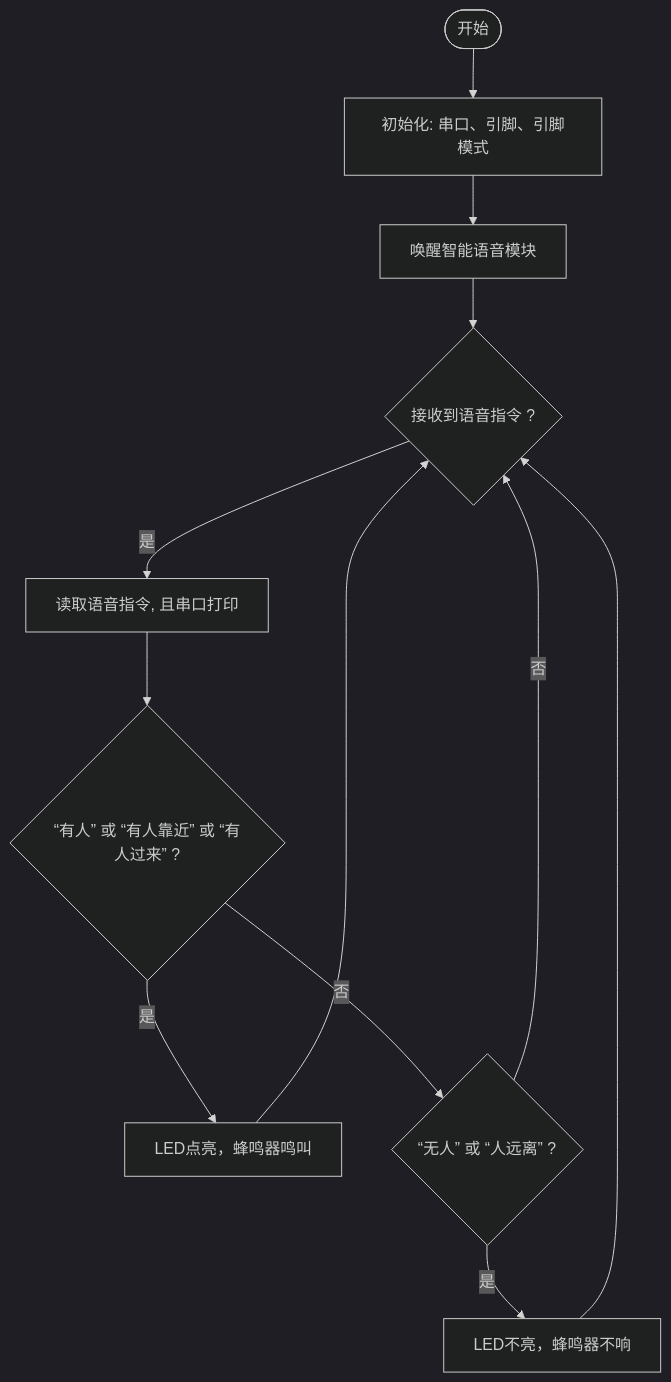
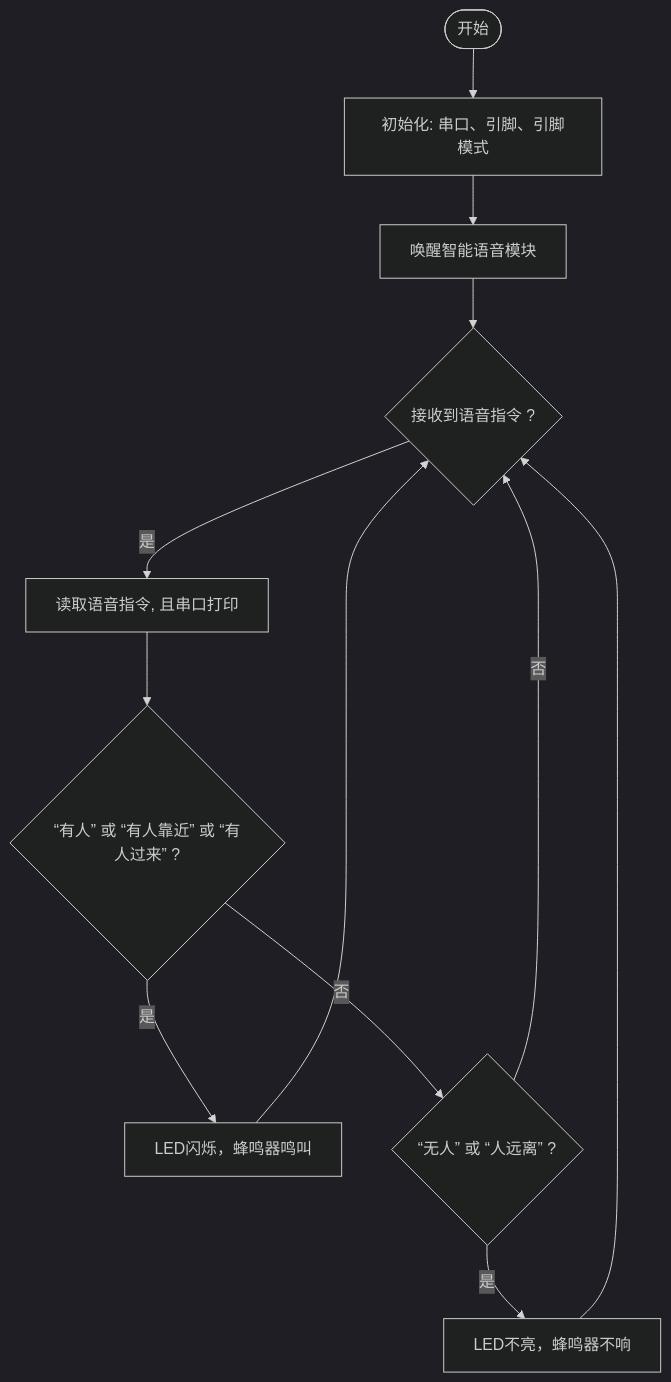
One commit to keyeswiki/KE3107-ESP32 changed the diagram in docs/5. Kidsblock教程/5.3 课程/课程08.md. Above: the diagram before and after it, drawn with Mermaid (dark theme). The commit also changed other lines of this file and 1255 other files, not shown here.

````diff
--- a/docs/5. Kidsblock教程/5.3 课程/课程08.md
+++ b/docs/5. Kidsblock教程/5.3 课程/课程08.md
@@ -87,17 +89,17 @@
 ```mermaid
 flowchart TD
     A([开始]) --> B[初始化: 串口、引脚、引脚模式]
     B --> C[唤醒智能语音模块]
     C --> D{接收到语音指令 ?}
 
     D -->|是| E[读取语音指令, 且串口打印]
     E --> F{“有人” 或 “有人靠近” 或 “有人过来” ?}
  
-    F -->|是| G[LED点亮，蜂鸣器鸣叫]
+    F -->|是| G[LED闪烁，蜂鸣器鸣叫]
     F -->|否| H{“无人” 或 “人远离” ?}
     H -->|是| I[LED不亮，蜂鸣器不响]
     H -->|否| D
 
     G --> D
     I --> D
 ```
````
